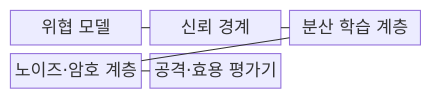
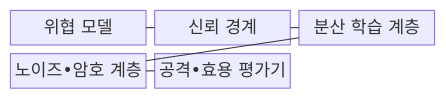
One commit to agnusdei1207/knowledge-base changed the first of 2 diagrams in src/content/docs/notes/08-latest-tech/110_privacy_preserving_ai.md. Above: the diagram before and after it, drawn with Mermaid. The commit also changed other lines of this file and 953 other files, not shown here.

````diff
--- a/src/content/docs/notes/08-latest-tech/110_privacy_preserving_ai.md
+++ b/src/content/docs/notes/08-latest-tech/110_privacy_preserving_ai.md
@@ -66,13 +66,13 @@
 ```mermaid
 block-beta
     columns 3
     T["위협 모델"]
     B["신뢰 경계"]
     F["분산 학습 계층"]
-    P["노이즈·암호 계층"]
-    V["공격·효용 평가기"]
+    P["노이즈•암호 계층"]
+    V["공격•효용 평가기"]
     T --- B
     B --- F
     F --- P
     P --- V
 ```
````
